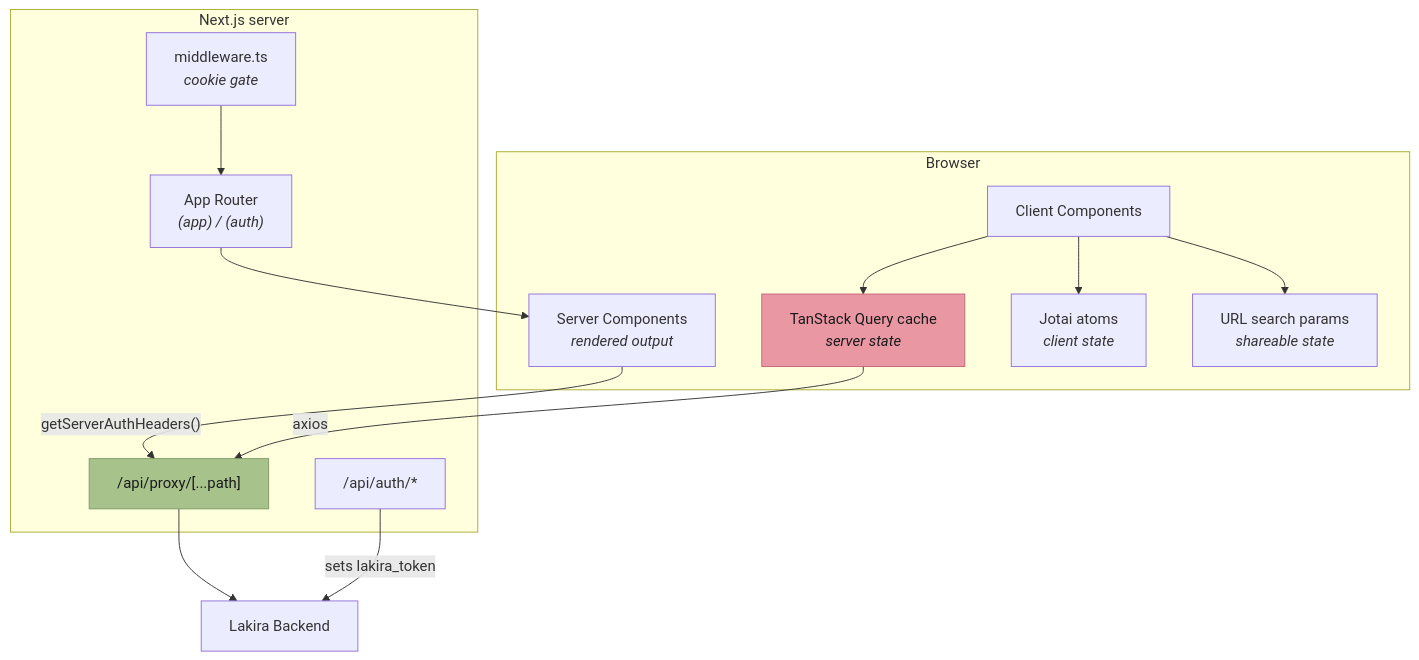
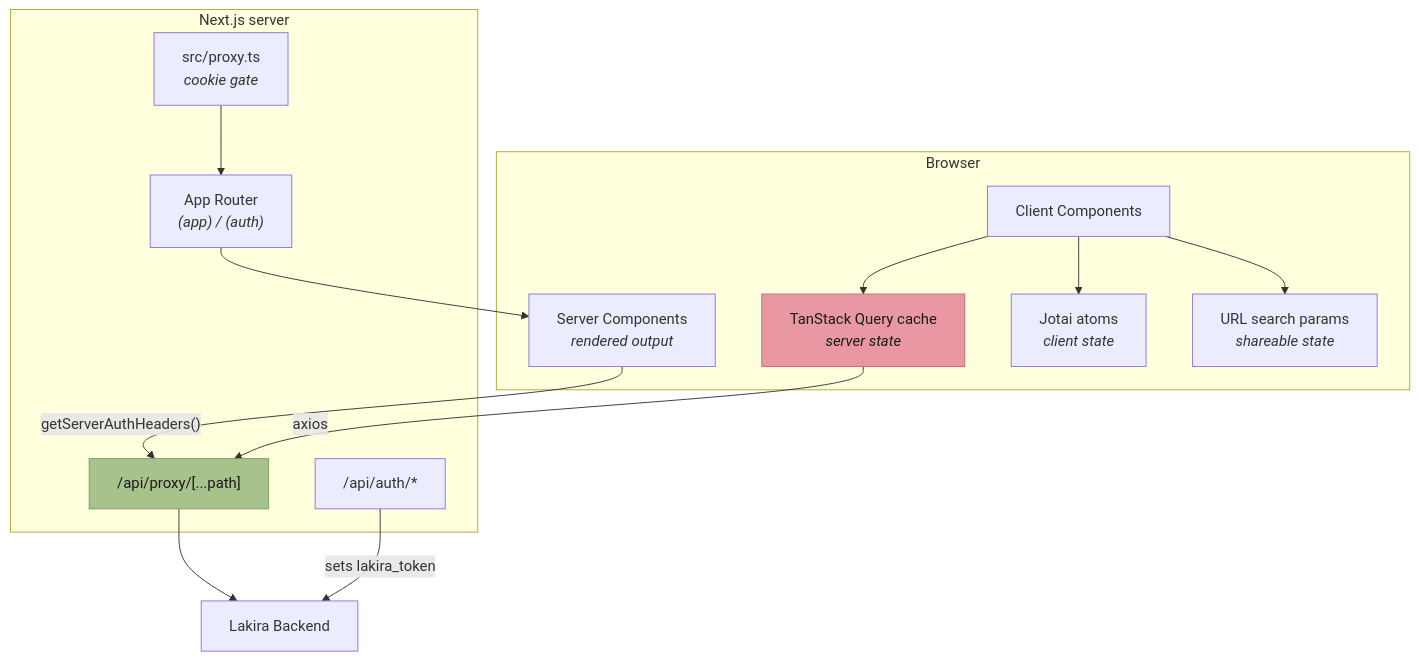
Before and after one commit to dimaszisby/lakira-frontend: the diagram in docs/explanation/architecture/c4-containers.md, drawn with Mermaid. The commit also changed other lines of this file and 35 other files, not shown here.

````diff
--- a/docs/explanation/architecture/c4-containers.md
+++ b/docs/explanation/architecture/c4-containers.md
@@ -5,32 +5,32 @@
 ```mermaid
 graph TB
     subgraph browser["Browser"]
         rsc["Server Components<br/><i>rendered output</i>"]
         cc["Client Components"]
         tq["TanStack Query cache<br/><i>server state</i>"]
         jotai["Jotai atoms<br/><i>client state</i>"]
         url["URL search params<br/><i>shareable state</i>"]
     end
 
     subgraph next["Next.js server"]
-        mw["middleware.ts<br/><i>cookie gate</i>"]
+        mw["src/proxy.ts<br/><i>cookie gate</i>"]
         page["App Router<br/><i>(app) / (auth)</i>"]
         proxy["/api/proxy/[...path]"]
         auth["/api/auth/*"]
     end
 
     be["Lakira Backend"]
 
     cc --> tq
     cc --> jotai
     cc --> url
     tq -->|axios| proxy
     rsc -->|"getServerAuthHeaders()"| proxy
     mw --> page
     page --> rsc
     proxy --> be
     auth -->|"sets lakira_token"| be
 
     style proxy fill:#a8c28b,stroke:#7c9b63,color:#1a1a1a
     style tq fill:#e897a3,stroke:#c76576,color:#1a1a1a
 ```
````
